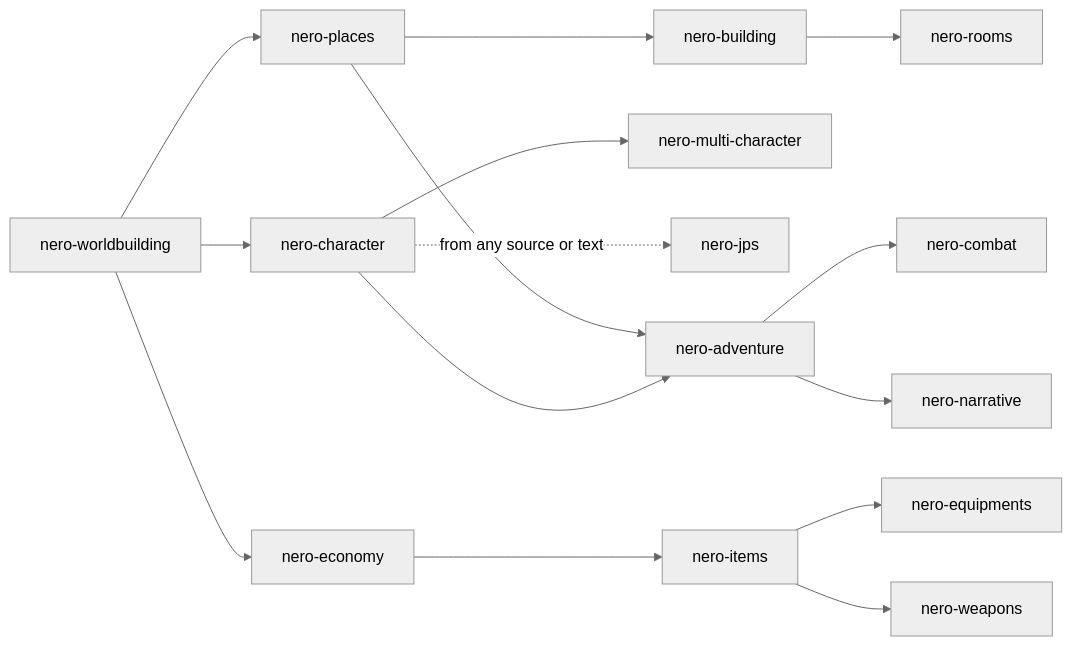
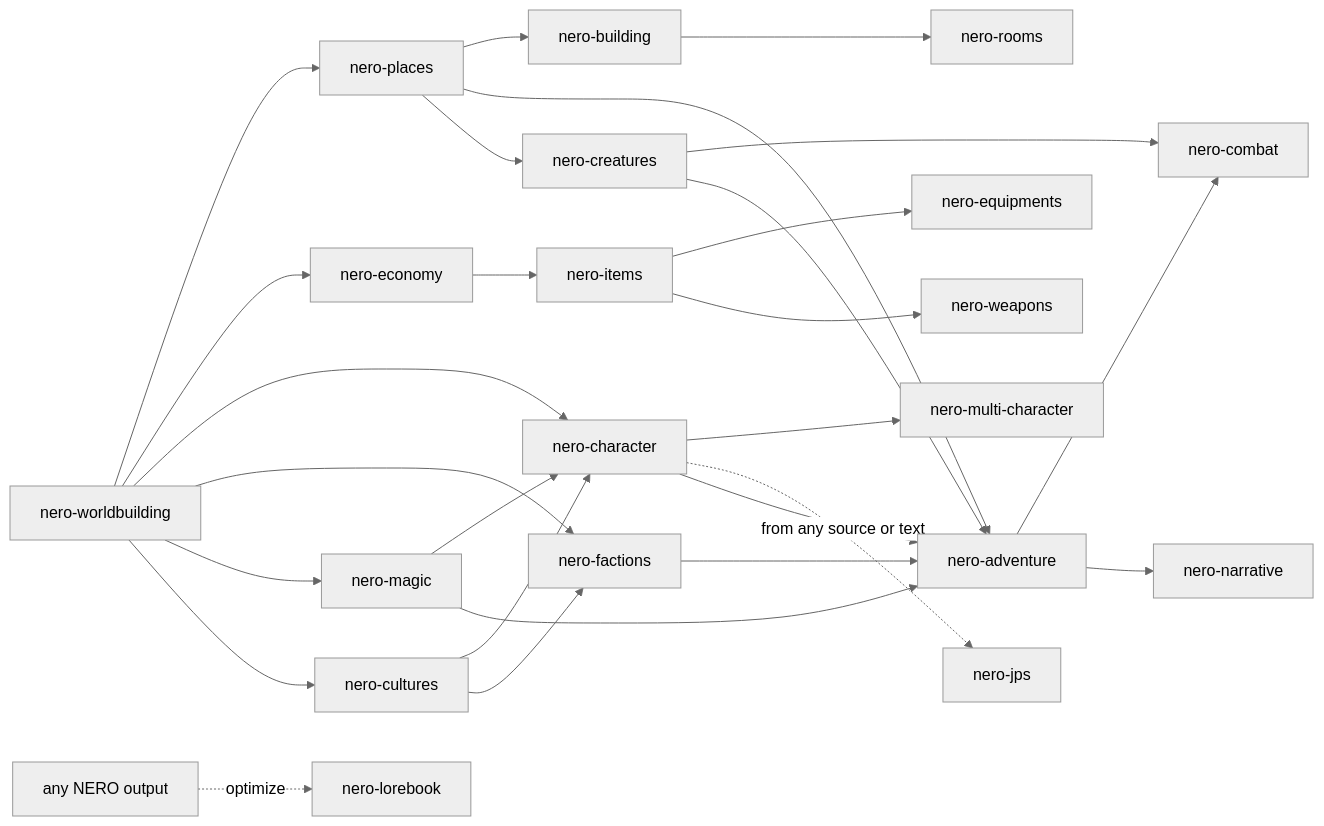
One commit to KMC1525/nero changed the diagram in README.md. Above: the diagram before and after it, drawn with Mermaid (neutral theme). The commit also changed other lines of this file and 21 other files, not shown here.

First line of the commit message:
Release 1.3: add factions, creatures, magic, cultures and lorebook agents

````diff
--- a/README.md
+++ b/README.md
@@ -225,17 +247,29 @@
 ```mermaid
 flowchart LR
     W[nero-worldbuilding] --> P[nero-places]
     W --> E[nero-economy]
     P --> B[nero-building]
     B --> R[nero-rooms]
     W --> C[nero-character]
     C --> M[nero-multi-character]
     C -. from any source or text .-> J[nero-jps]
     E --> I[nero-items]
     I --> Q[nero-equipments]
     I --> K[nero-weapons]
     P --> A[nero-adventure]
     C --> A
     A --> X[nero-combat]
     A --> N[nero-narrative]
+    W --> F[nero-factions]
+    W --> MG[nero-magic]
+    W --> CU[nero-cultures]
+    CU --> C
+    CU --> F
+    MG --> C
+    F --> A
+    MG --> A
+    P --> CR[nero-creatures]
+    CR --> X
+    CR --> A
+    ANY[any NERO output] -. optimize .-> LB[nero-lorebook]
 ```
````
